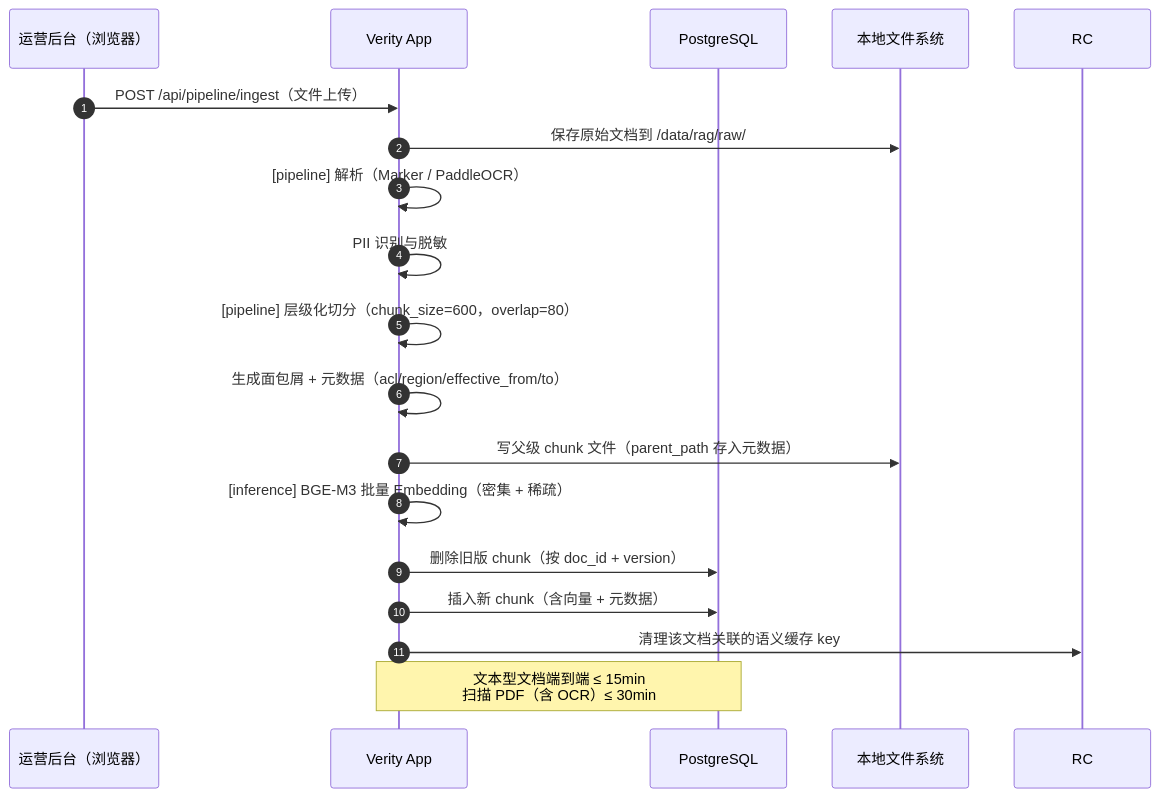
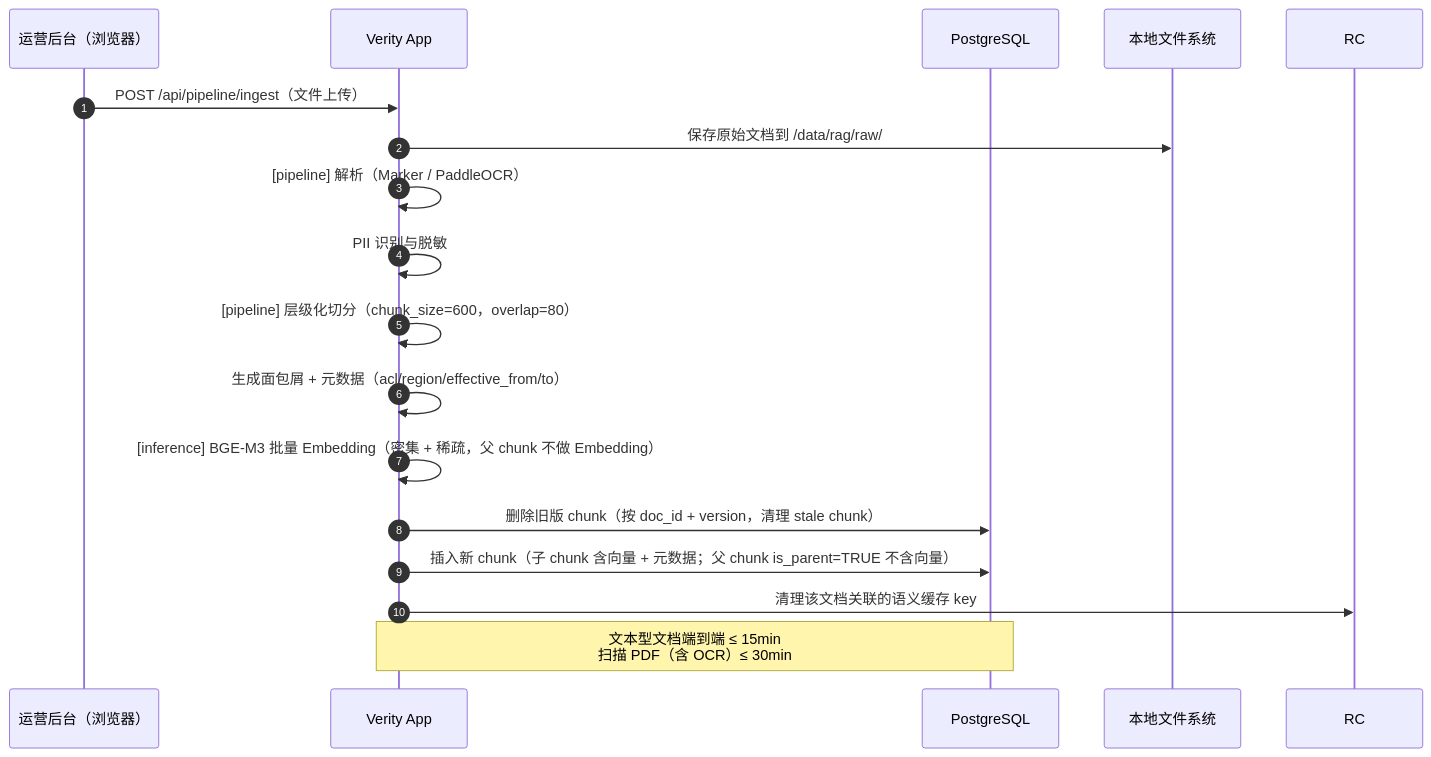
Before and after one commit to meteorion/verity: the fourth of 8 diagrams in doc/arch.md, drawn with Mermaid. The commit also changed other lines of this file and 5 other files, not shown here.

````diff
--- a/doc/arch.md
+++ b/doc/arch.md
@@ -241,24 +241,23 @@
 ```mermaid
 sequenceDiagram
     autonumber
     participant OPS  as 运营后台（浏览器）
     participant A    as Verity App
     participant PG   as PostgreSQL
     participant FS   as 本地文件系统
 
     OPS  ->> A  : POST /api/pipeline/ingest（文件上传）
     A    ->> FS : 保存原始文档到 /data/rag/raw/
 
     A    ->> A  : [pipeline] 解析（Marker / PaddleOCR）
     A    ->> A  : PII 识别与脱敏
     A    ->> A  : [pipeline] 层级化切分（chunk_size=600，overlap=80）
     A    ->> A  : 生成面包屑 + 元数据（acl/region/effective_from/to）
-    A    ->> FS : 写父级 chunk 文件（parent_path 存入元数据）
-    A    ->> A  : [inference] BGE-M3 批量 Embedding（密集 + 稀疏）
+    A    ->> A  : [inference] BGE-M3 批量 Embedding（密集 + 稀疏，父 chunk 不做 Embedding）
 
-    A    ->> PG : 删除旧版 chunk（按 doc_id + version）
-    A    ->> PG : 插入新 chunk（含向量 + 元数据）
+    A    ->> PG : 删除旧版 chunk（按 doc_id + version，清理 stale chunk）
+    A    ->> PG : 插入新 chunk（子 chunk 含向量 + 元数据；父 chunk is_parent=TRUE 不含向量）
     A    ->> RC : 清理该文档关联的语义缓存 key
 
     Note over A,PG : 文本型文档端到端 ≤ 15min<br/>扫描 PDF（含 OCR）≤ 30min
 ```
````
